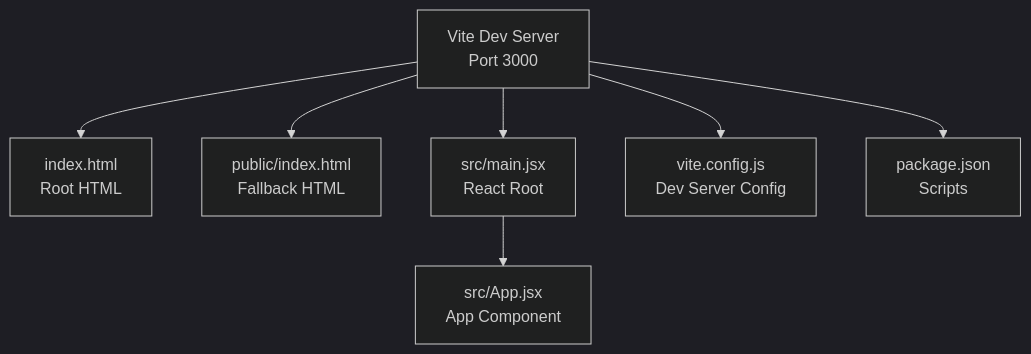
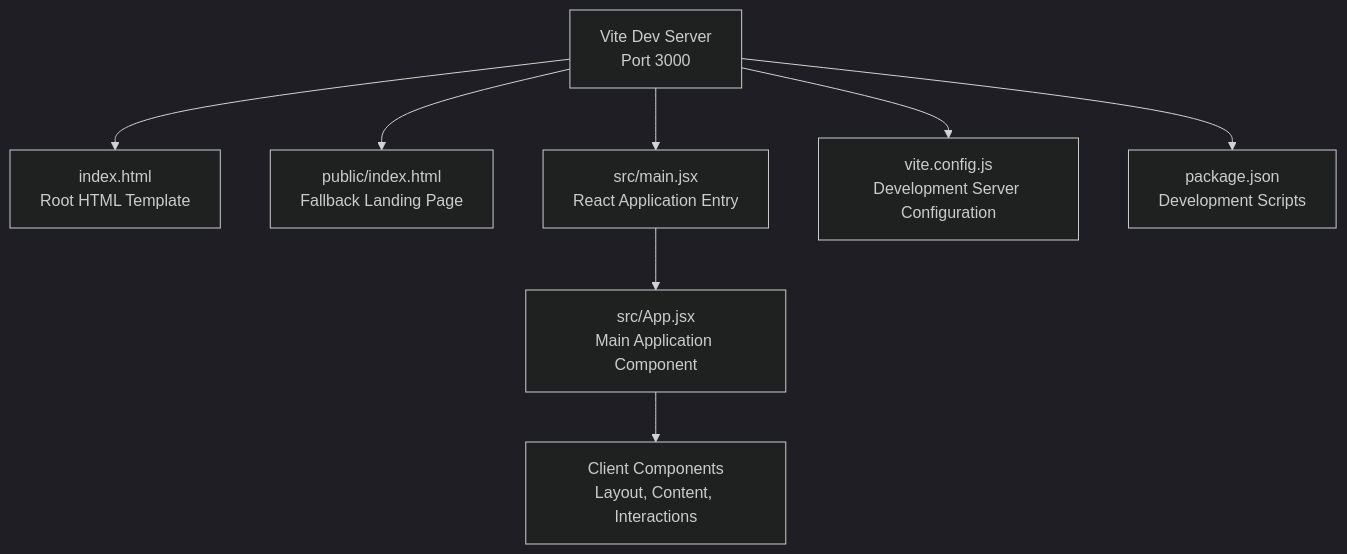
Before and after one commit to rakeshmaity271/frankie-picasso: the first of 5 diagrams in .qoder/repowiki/en/content/Server Components.md, drawn with Mermaid (dark theme). The commit also changed other lines of this file and 28 other files, not shown here.

````diff
--- a/.qoder/repowiki/en/content/Server Components.md
+++ b/.qoder/repowiki/en/content/Server Components.md
@@ -36,9 +44,10 @@
 ```mermaid
 graph TB
-Dev["Vite Dev Server<br/>Port 3000"] --> HTML["index.html<br/>Root HTML"]
-Dev --> PublicHTML["public/index.html<br/>Fallback HTML"]
-Dev --> SrcMain["src/main.jsx<br/>React Root"]
-SrcMain --> App["src/App.jsx<br/>App Component"]
-Dev --> Config["vite.config.js<br/>Dev Server Config"]
-Dev --> Scripts["package.json<br/>Scripts"]
+ViteDev["Vite Dev Server<br/>Port 3000"] --> RootHTML["index.html<br/>Root HTML Template"]
+ViteDev --> PublicHTML["public/index.html<br/>Fallback Landing Page"]
+ViteDev --> SrcMain["src/main.jsx<br/>React Application Entry"]
+SrcMain --> AppComponent["src/App.jsx<br/>Main Application Component"]
+AppComponent --> Components["Client Components<br/>Layout, Content, Interactions"]
+ViteDev --> Config["vite.config.js<br/>Development Server Configuration"]
+ViteDev --> Scripts["package.json<br/>Development Scripts"]
 ```
````
